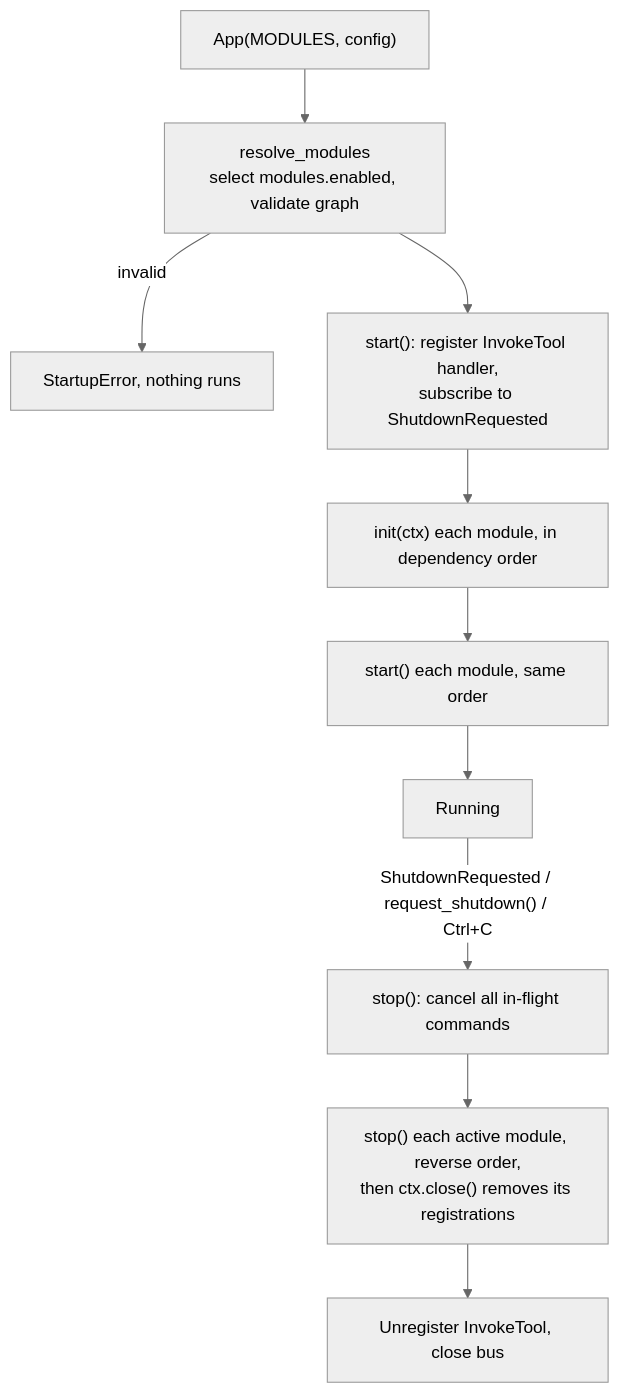
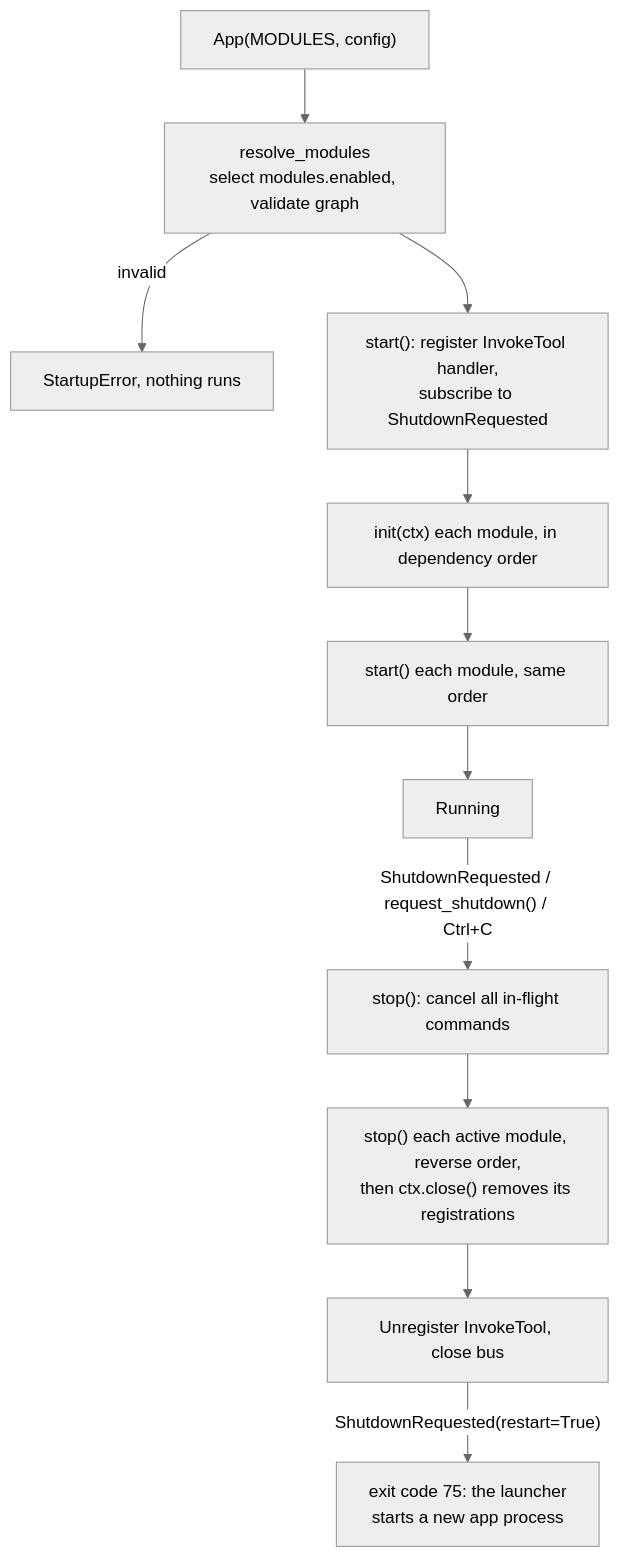
Before and after one commit to sharramon/AI_Assistant: the third of 5 diagrams in docs/architecture/core.md, drawn with Mermaid (neutral theme). The commit also changed other lines of this file and 35 other files, not shown here.

Commit message:
Docs: module pages, module library, architecture and API updates

````diff
--- a/docs/architecture/core.md
+++ b/docs/architecture/core.md
@@ -137,12 +138,13 @@
 ```mermaid
 flowchart TD
     A["App(MODULES, config)"] --> B["resolve_modules<br/>select modules.enabled, validate graph"]
     B -- invalid --> X[StartupError, nothing runs]
     B --> C["start(): register InvokeTool handler,<br/>subscribe to ShutdownRequested"]
     C --> D["init(ctx) each module, in dependency order"]
     D --> E["start() each module, same order"]
     E --> F[Running]
     F -- "ShutdownRequested / request_shutdown() / Ctrl+C" --> G["stop(): cancel all in-flight commands"]
     G --> H["stop() each active module, reverse order,<br/>then ctx.close() removes its registrations"]
     H --> I[Unregister InvokeTool, close bus]
+    I -- "ShutdownRequested(restart=True)" --> R["exit code 75: the launcher<br/>starts a new app process"]
 ```
````
